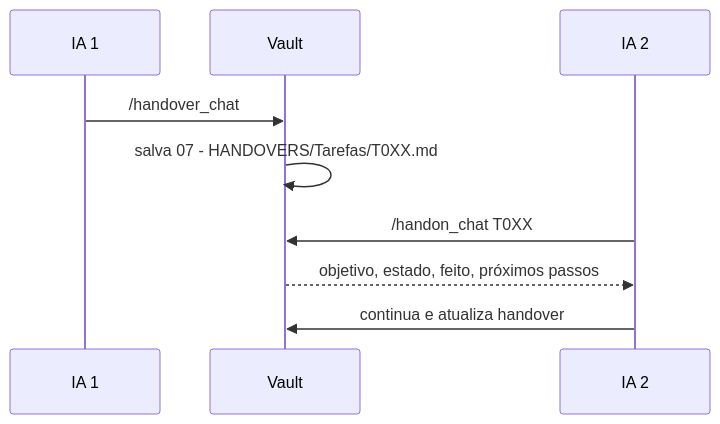
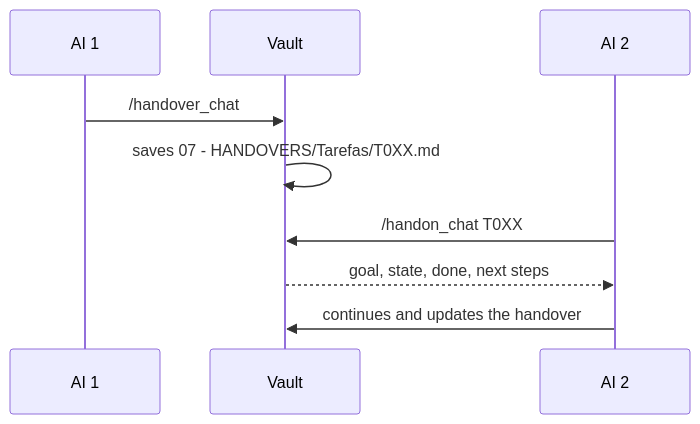
The third of 3 diagrams in README.md (PedroHenrique0713/brain-template), drawn with Mermaid before and after one commit. The commit also changed other lines of this file and 2 other files, not shown here.

````diff
--- a/README.md
+++ b/README.md
@@ -164,12 +125,12 @@
 ```mermaid
 sequenceDiagram
-  participant A as IA 1
+  participant A as AI 1
   participant V as Vault
-  participant B as IA 2
+  participant B as AI 2
 
   A->>V: /handover_chat
-  V->>V: salva 07 - HANDOVERS/Tarefas/T0XX.md
+  V->>V: saves 07 - HANDOVERS/Tarefas/T0XX.md
   B->>V: /handon_chat T0XX
-  V-->>B: objetivo, estado, feito, próximos passos
-  B->>V: continua e atualiza handover
+  V-->>B: goal, state, done, next steps
+  B->>V: continues and updates the handover
 ```
````
